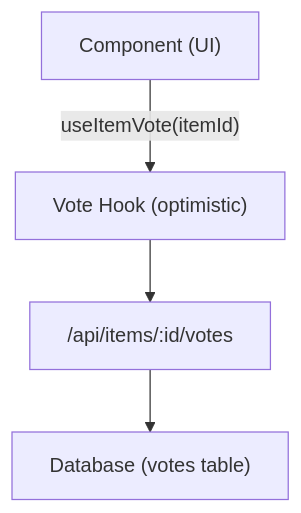
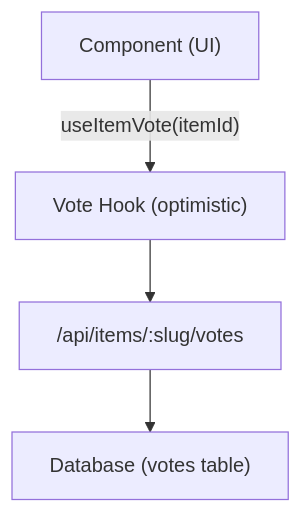
The diagram in apps/docs/i18n/ar/docusaurus-plugin-content-docs-template/current/features/voting-comments.md (ever-works/directory-web-template), drawn with Mermaid before and after one commit. The commit also changed other lines of this file and 77 other files, not shown here.

````diff
--- a/apps/docs/i18n/ar/docusaurus-plugin-content-docs-template/current/features/voting-comments.md
+++ b/apps/docs/i18n/ar/docusaurus-plugin-content-docs-template/current/features/voting-comments.md
@@ -18,6 +18,6 @@
 ```mermaid
 flowchart TD
     A["Component (UI)"] -->|"useItemVote(itemId)"| B["Vote Hook (optimistic)"]
-    B --> C["/api/items/:id/votes"]
+    B --> C["/api/items/:slug/votes"]
     C --> D["Database (votes table)"]
 ```
````
